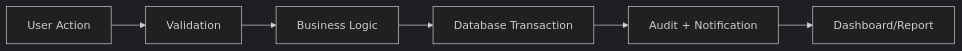
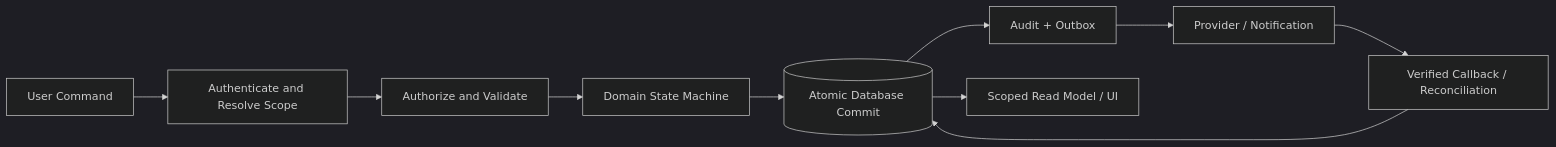
The diagram in docs/03-architecture/data-flow-diagram.md (centranf1/PETORA-INDONESIA), drawn with Mermaid (dark theme) before and after one commit. The commit also changed other lines of this file and 75 other files, not shown here.

````diff
--- a/docs/03-architecture/data-flow-diagram.md
+++ b/docs/03-architecture/data-flow-diagram.md
@@ -21,4 +38,12 @@
 ```mermaid
 flowchart LR
-A[User Action] --> B[Validation] --> C[Business Logic] --> D[Database Transaction] --> E[Audit + Notification] --> F[Dashboard/Report]
+A[User Command] --> B[Authenticate and Resolve Scope]
+B --> C[Authorize and Validate]
+C --> D[Domain State Machine]
+D --> E[(Atomic Database Commit)]
+E --> F[Audit + Outbox]
+F --> G[Provider / Notification]
+G --> H[Verified Callback / Reconciliation]
+H --> E
+E --> I[Scoped Read Model / UI]
 ```
````
